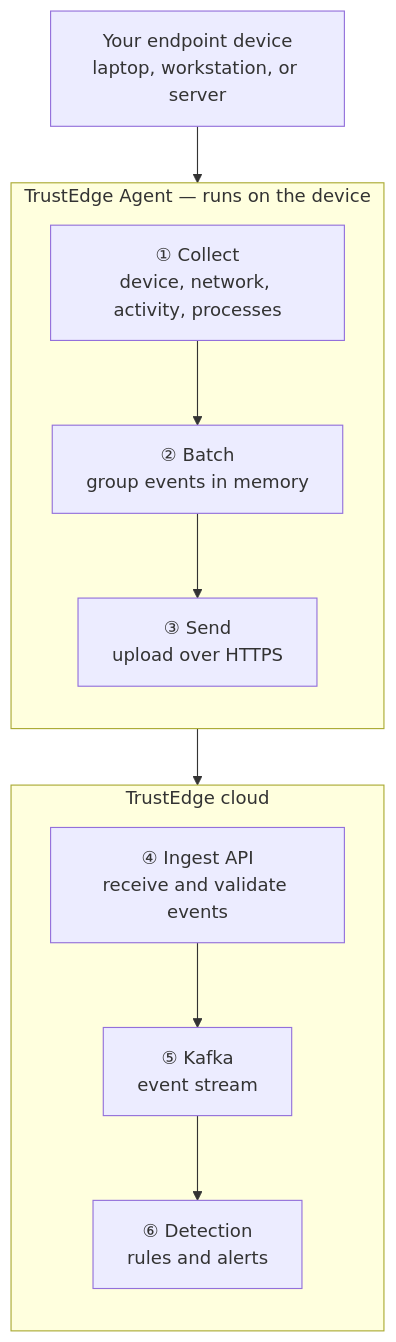
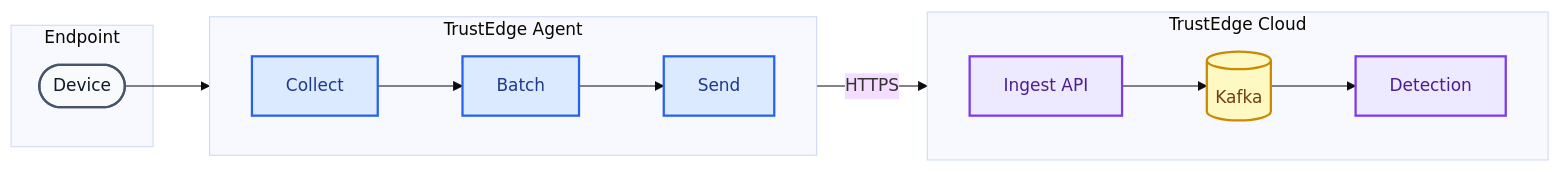
The first of 3 diagrams in docs/architecture.md (TrustEdgeOrg/TrustEdge-Agent), drawn with Mermaid before and after one commit. The commit also changed other lines of this file and 2 other files, not shown here.

Commit message:
Polish documentation diagrams with consistent professional styling.
Use horizontal pipeline layouts, color-coded nodes, and clean labels across README and docs.

````diff
--- a/docs/architecture.md
+++ b/docs/architecture.md
@@ -16,23 +14,30 @@
 ```mermaid
-flowchart TB
-    DEVICE["Your endpoint device<br/>laptop, workstation, or server"]
-
-    subgraph AGENT ["TrustEdge Agent — runs on the device"]
-        direction TB
-        S1["① Collect<br/>device, network, activity, processes"]
-        S2["② Batch<br/>group events in memory"]
-        S3["③ Send<br/>upload over HTTPS"]
-        S1 --> S2 --> S3
+%%{init: {'theme': 'base', 'themeVariables': {'fontSize': '15px', 'fontFamily': 'arial'}}}%%
+flowchart LR
+    subgraph EP ["Endpoint"]
+        DEV(["Device"])
     end
 
-    subgraph CLOUD ["TrustEdge cloud"]
-        direction TB
-        S4["④ Ingest API<br/>receive and validate events"]
-        S5["⑤ Kafka<br/>event stream"]
-        S6["⑥ Detection<br/>rules and alerts"]
-        S4 --> S5 --> S6
+    subgraph AG ["TrustEdge Agent"]
+        direction LR
+        COL["Collect"] --> BAT["Batch"] --> SND["Send"]
     end
 
-    DEVICE --> S1
-    S3 --> S4
+    subgraph CL ["TrustEdge Cloud"]
+        direction LR
+        API["Ingest API"] --> KFK[("Kafka")] --> DET["Detection"]
+    end
+
+    DEV --> COL
+    SND -->|HTTPS| API
+
+    classDef endpoint fill:#F8FAFC,stroke:#475569,stroke-width:2px,color:#0F172A
+    classDef agent fill:#DBEAFE,stroke:#2563EB,stroke-width:2px,color:#1E3A8A
+    classDef cloud fill:#EDE9FE,stroke:#7C3AED,stroke-width:2px,color:#4C1D95
+    classDef stream fill:#FEF9C3,stroke:#CA8A04,stroke-width:2px,color:#713F12
+
+    class DEV endpoint
+    class COL,BAT,SND agent
+    class API,DET cloud
+    class KFK stream
 ```
````
